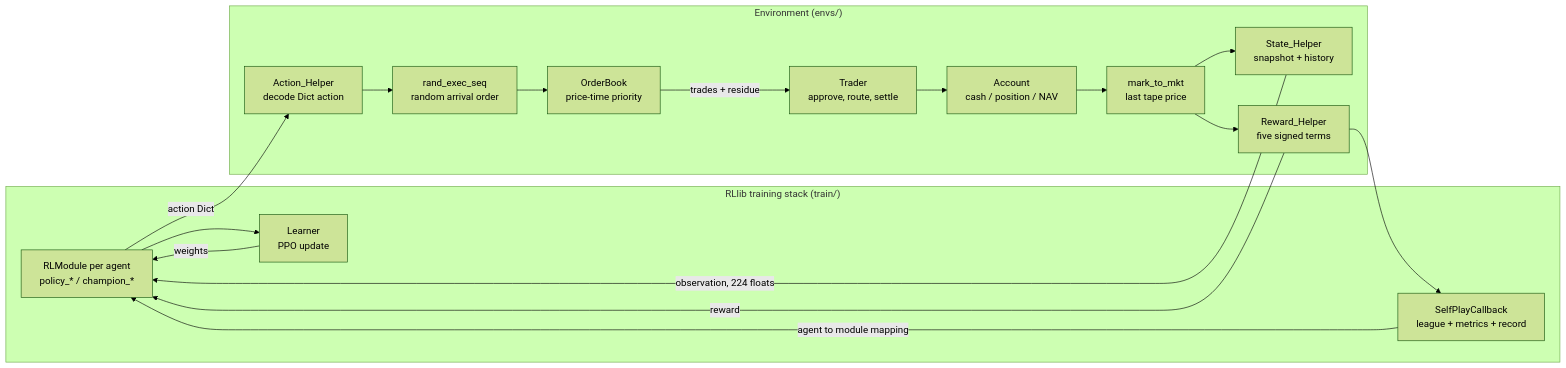
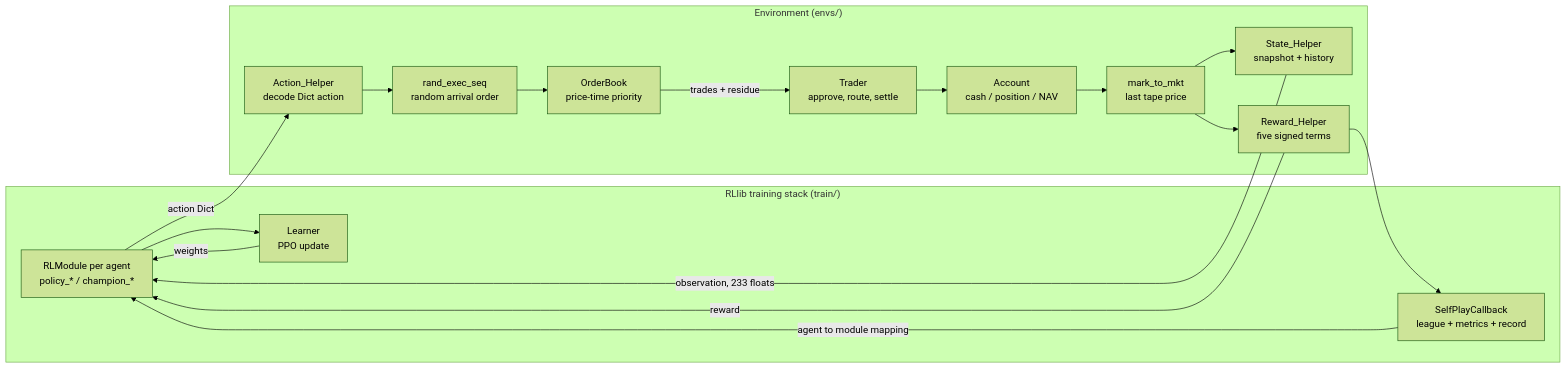
Before and after one commit to ChuaCheowHuan/gym-continuousDoubleAuction: the first of 2 diagrams in README.md, drawn with Mermaid (forest theme). The commit also changed 30 other files, not shown here.

````diff
--- a/README.md
+++ b/README.md
@@ -16,33 +16,33 @@
 ```mermaid
 flowchart LR
     subgraph RL["RLlib training stack (train/)"]
         POL["RLModule per agent<br/>policy_* / champion_*"]
         LRN["Learner<br/>PPO update"]
         CB["SelfPlayCallback<br/>league + metrics + record"]
     end
 
     subgraph ENV["Environment (envs/)"]
         ACT["Action_Helper<br/>decode Dict action"]
         SHUF["rand_exec_seq<br/>random arrival order"]
         LOB["OrderBook<br/>price-time priority"]
         TRD["Trader<br/>approve, route, settle"]
         ACC["Account<br/>cash / position / NAV"]
         MTM["mark_to_mkt<br/>last tape price"]
         OBS["State_Helper<br/>snapshot + history"]
         REW["Reward_Helper<br/>five signed terms"]
     end
 
     POL -->|"action Dict"| ACT
     ACT --> SHUF --> LOB
     LOB -->|"trades + residue"| TRD
     TRD --> ACC
     ACC --> MTM
     MTM --> OBS
     MTM --> REW
-    OBS -->|"observation, 224 floats"| POL
+    OBS -->|"observation, 233 floats"| POL
     REW -->|"reward"| POL
     REW --> CB
     CB -->|"agent to module mapping"| POL
     POL --> LRN
     LRN -->|"weights"| POL
 ```
````
